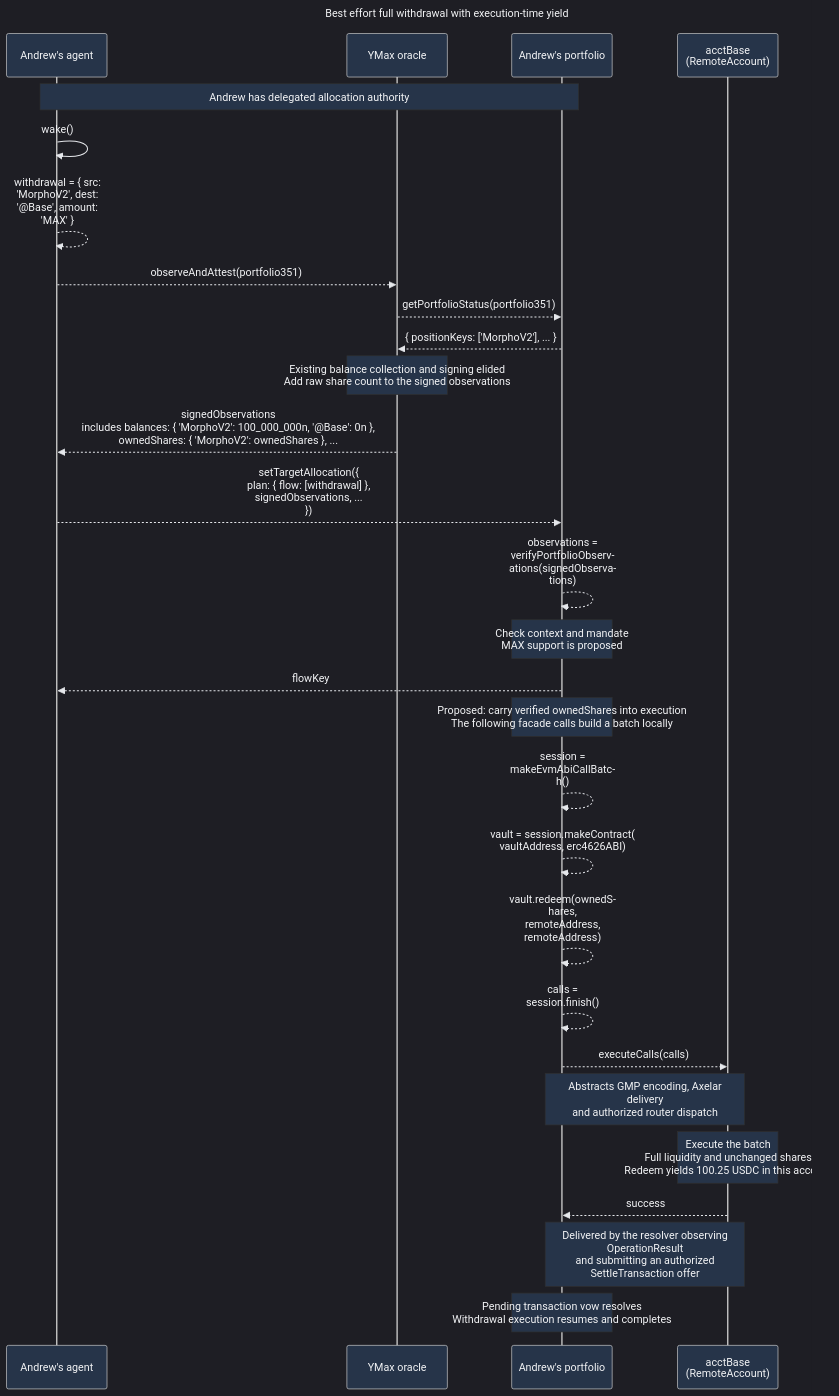
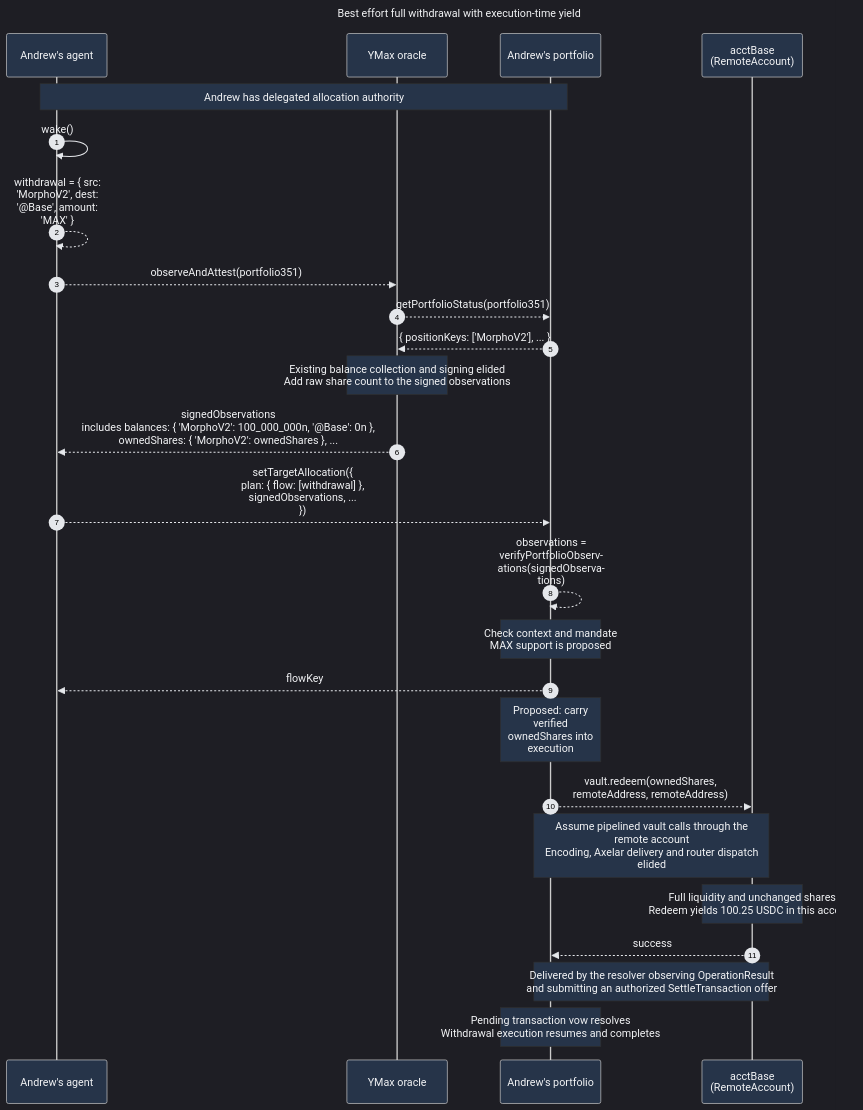
The diagram in packages/portfolio-contract/docs-design/exit-position-completely.md (Agoric/agoric-sdk), drawn with Mermaid before and after one commit. The commit also changed other lines of this file, not shown here.

Commit message:
docs(portfolio-contract): refine full-exit journey and liquidity scope

````diff
--- a/packages/portfolio-contract/docs-design/exit-position-completely.md
+++ b/packages/portfolio-contract/docs-design/exit-position-completely.md
@@ -5,36 +14,33 @@
 ```mermaid
 %%{init: {'theme': 'dark', 'themeVariables': {'textColor': '#f3f4f6', 'actorBkg': '#263449', 'actorTextColor': '#f3f4f6', 'signalColor': '#e5e7eb', 'signalTextColor': '#f3f4f6', 'noteBkgColor': '#263449', 'noteTextColor': '#f3f4f6', 'labelTextColor': '#f3f4f6'}, 'sequence': {'wrap': true}}}%%
 sequenceDiagram
+  autonumber
   title Best effort full withdrawal with execution-time yield
   %% ->> initiates the scenario, -->> marks consequences including calls and replies.
   %% P groups delegation, portfolio execution and contract-side resolver facets.
   %% The account call abstracts GMP/router delivery; success abstracts resolver delivery.
   participant A as Andrew's agent
   participant O as YMax oracle
   participant P as Andrew's portfolio
   participant E as acctBase<br/>(RemoteAccount)
 
   Note over A,P: Andrew has delegated allocation authority
   A->>A: wake()
   A-->>A: withdrawal = { src: 'MorphoV2', dest: '@Base', amount: 'MAX' }
   A-->>O: observeAndAttest(portfolio351)
   O-->>P: getPortfolioStatus(portfolio351)
   P-->>O: { positionKeys: ['MorphoV2'], ... }
   Note over O: Existing balance collection and signing elided<br/>Add raw share count to the signed observations
   O-->>A: signedObservations<br/>includes balances: { 'MorphoV2': 100_000_000n, '@Base': 0n },<br/>ownedShares: { 'MorphoV2': ownedShares }, ...
   A-->>P: setTargetAllocation({<br/>plan: { flow: [withdrawal] },<br/>signedObservations, ...<br/>})
   P-->>P: observations = verifyPortfolioObservations(signedObservations)
   Note over P: Check context and mandate<br/>MAX support is proposed
   P-->>A: flowKey
-  Note over P: Proposed: carry verified ownedShares into execution<br/>The following facade calls build a batch locally
-  P-->>P: session = makeEvmAbiCallBatch()
-  P-->>P: vault = session.makeContract(<br/>vaultAddress, erc4626ABI)
-  P-->>P: vault.redeem(ownedShares,<br/>remoteAddress, remoteAddress)
-  P-->>P: calls = session.finish()
-  P-->>E: executeCalls(calls)
-  Note over P,E: Abstracts GMP encoding, Axelar delivery<br/>and authorized router dispatch
-  Note over E: Execute the batch<br/>Full liquidity and unchanged shares<br/>Redeem yields 100.25 USDC in this account
+  Note over P: Proposed: carry verified ownedShares into execution
+  P-->>E: vault.redeem(ownedShares,<br/>remoteAddress, remoteAddress)
+  Note over P,E: Assume pipelined vault calls through the remote account<br/>Encoding, Axelar delivery and router dispatch elided
+  Note over E: Full liquidity and unchanged shares<br/>Redeem yields 100.25 USDC in this account
   E-->>P: success
   Note over P,E: Delivered by the resolver observing OperationResult<br/>and submitting an authorized SettleTransaction offer
   Note over P: Pending transaction vow resolves<br/>Withdrawal execution resumes and completes
 ```
````
